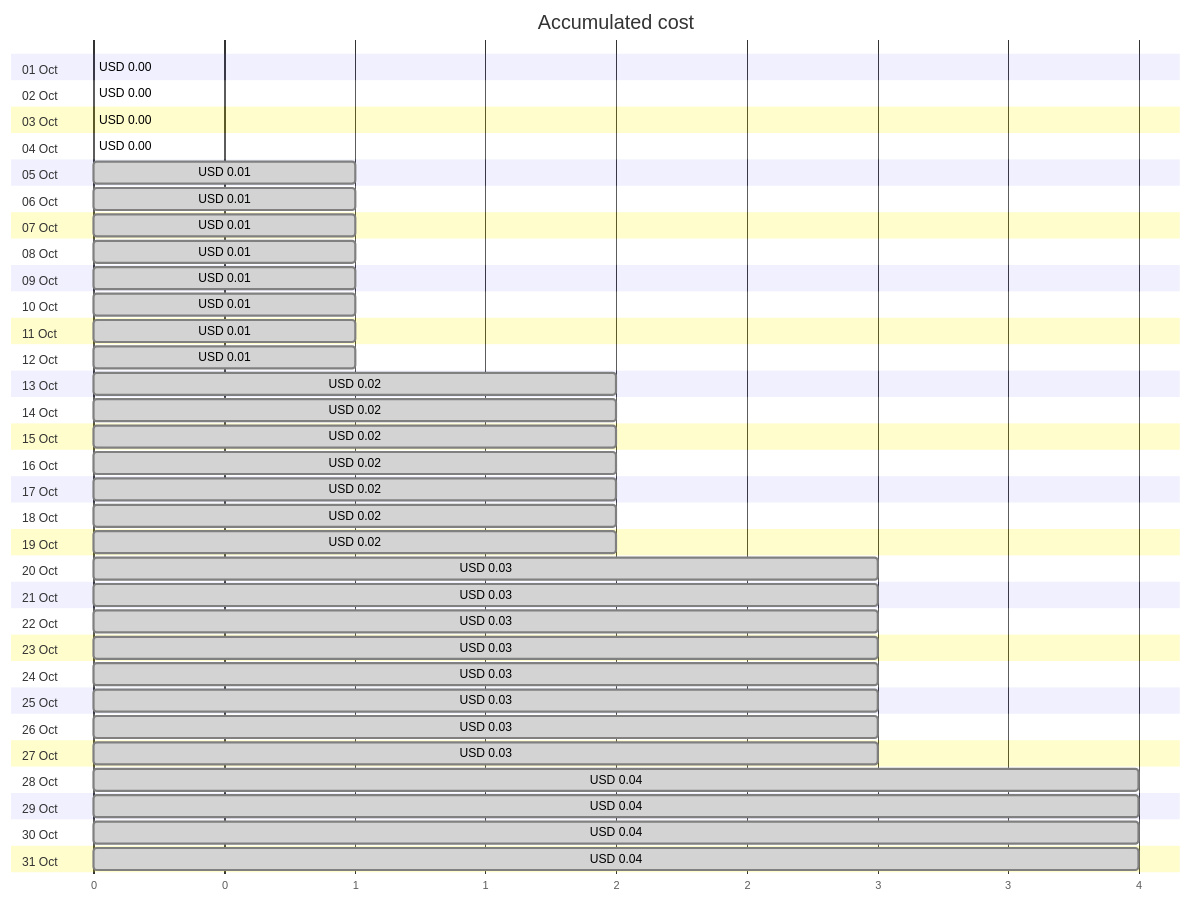
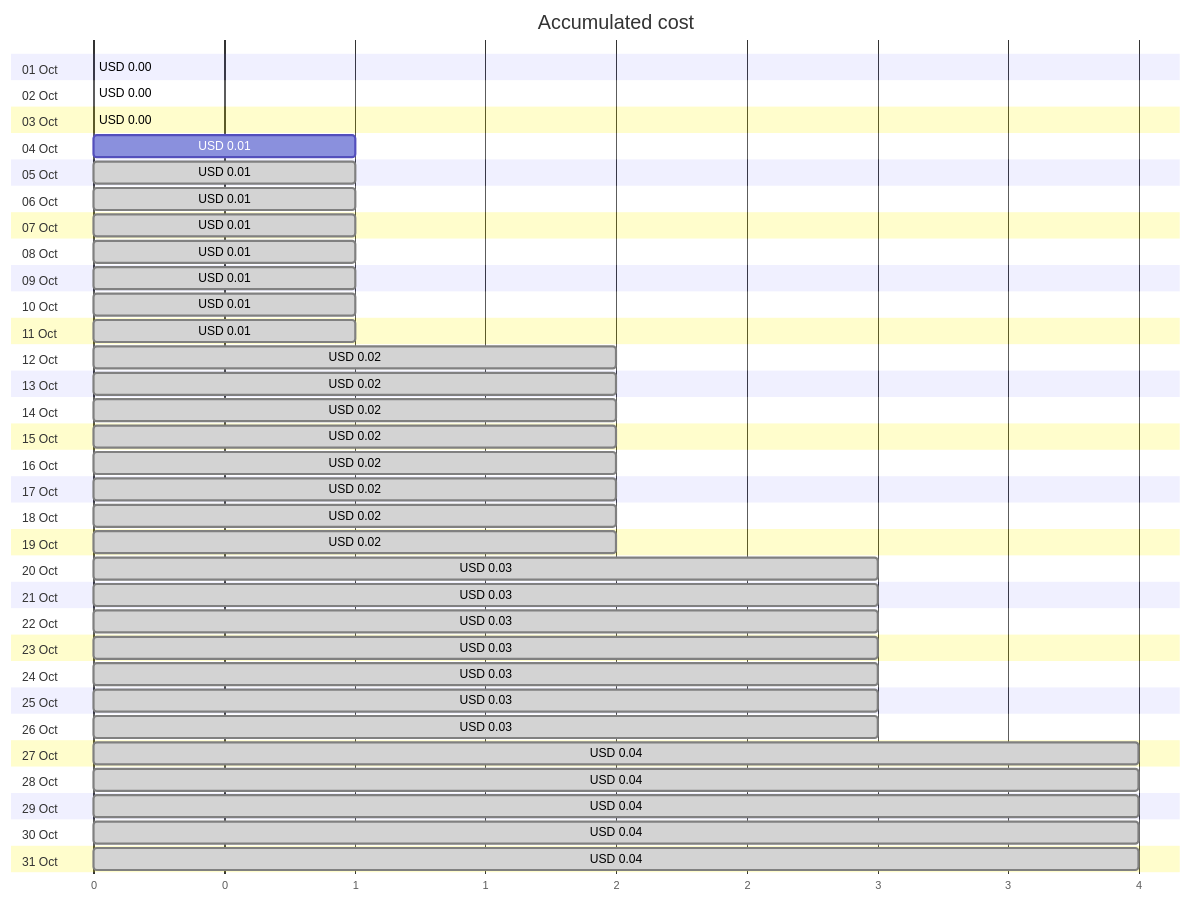
Before and after one commit to jpfulton/azure-personal-reports: the first of 4 diagrams in cost-reports/personal-site/personalsiteapistorage.md, drawn with Mermaid. The commit also changed other lines of this file and 6 other files, not shown here.

````diff
--- a/cost-reports/personal-site/personalsiteapistorage.md
+++ b/cost-reports/personal-site/personalsiteapistorage.md
@@ -20,68 +20,68 @@
 ```mermaid
 gantt
    title Accumulated cost
    dateFormat  X
    axisFormat %s
    section 01 Oct
    USD 0.00 :0, 0
    section 02 Oct
    USD 0.00 :0, 0
    section 03 Oct
    USD 0.00 :0, 0
    section 04 Oct
-   USD 0.00 : done, 0, 0
+   USD 0.01 :0, 1
    section 05 Oct
    USD 0.01 : done, 0, 1
    section 06 Oct
    USD 0.01 : done, 0, 1
    section 07 Oct
    USD 0.01 : done, 0, 1
    section 08 Oct
    USD 0.01 : done, 0, 1
    section 09 Oct
    USD 0.01 : done, 0, 1
    section 10 Oct
    USD 0.01 : done, 0, 1
    section 11 Oct
    USD 0.01 : done, 0, 1
    section 12 Oct
-   USD 0.01 : done, 0, 1
+   USD 0.02 : done, 0, 2
    section 13 Oct
    USD 0.02 : done, 0, 2
    section 14 Oct
    USD 0.02 : done, 0, 2
    section 15 Oct
    USD 0.02 : done, 0, 2
    section 16 Oct
    USD 0.02 : done, 0, 2
    section 17 Oct
    USD 0.02 : done, 0, 2
    section 18 Oct
    USD 0.02 : done, 0, 2
    section 19 Oct
    USD 0.02 : done, 0, 2
    section 20 Oct
    USD 0.03 : done, 0, 3
    section 21 Oct
    USD 0.03 : done, 0, 3
    section 22 Oct
    USD 0.03 : done, 0, 3
    section 23 Oct
    USD 0.03 : done, 0, 3
    section 24 Oct
    USD 0.03 : done, 0, 3
    section 25 Oct
    USD 0.03 : done, 0, 3
    section 26 Oct
    USD 0.03 : done, 0, 3
    section 27 Oct
-   USD 0.03 : done, 0, 3
+   USD 0.04 : done, 0, 4
    section 28 Oct
    USD 0.04 : done, 0, 4
    section 29 Oct
    USD 0.04 : done, 0, 4
    section 30 Oct
    USD 0.04 : done, 0, 4
    section 31 Oct
    USD 0.04 : done, 0, 4
 ```
````
